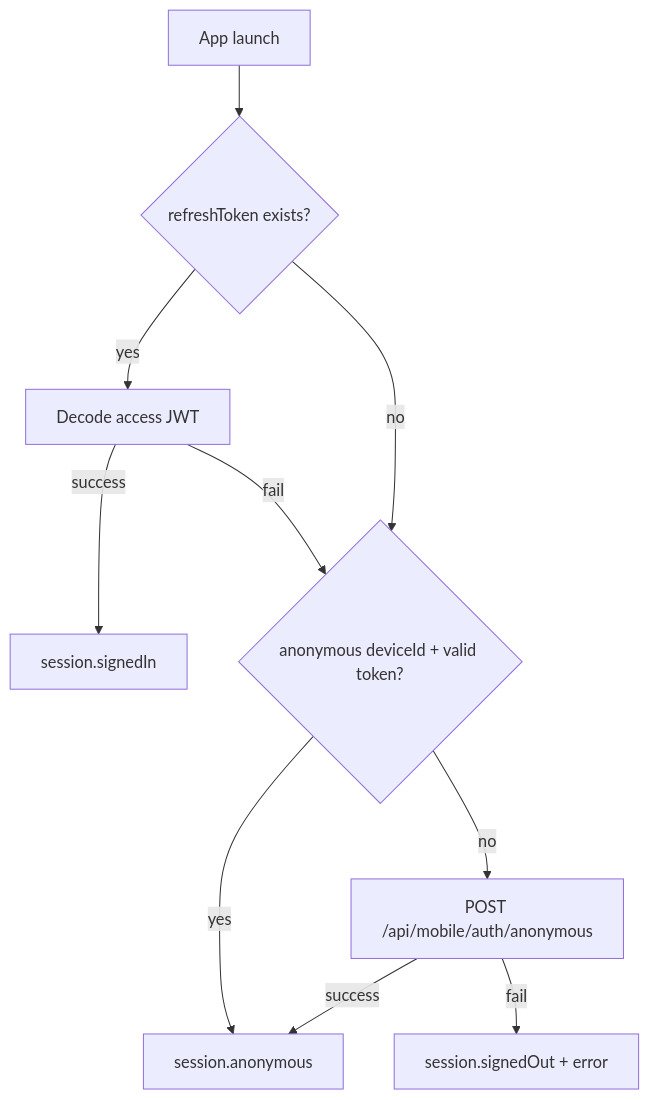
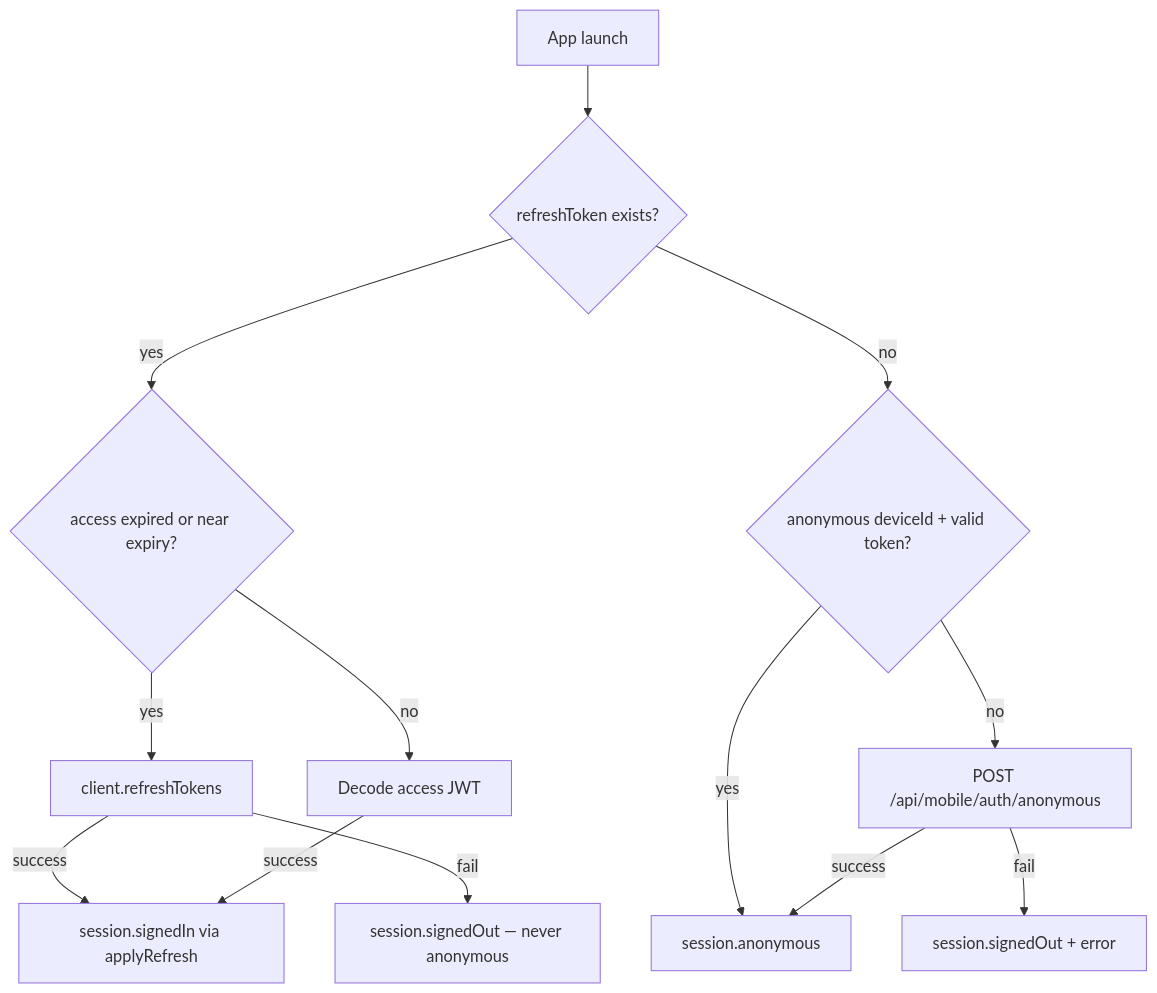
Before and after one commit to rareimagery/rareimagery-ios: the second of 3 diagrams in docs/IOS_CODE_REVIEW.md, drawn with Mermaid. The commit also changed other lines of this file and 6 other files, not shown here.

````diff
--- a/docs/IOS_CODE_REVIEW.md
+++ b/docs/IOS_CODE_REVIEW.md
@@ -152,12 +188,15 @@
 ```mermaid
 flowchart TD
     Launch[App launch] --> Prod{refreshToken exists?}
-    Prod -->|yes| Decode[Decode access JWT]
-    Decode -->|success| SignedIn[session.signedIn]
-    Decode -->|fail| AnonCheck
+    Prod -->|yes| Refresh{access expired or near expiry?}
+    Refresh -->|yes| DoRefresh[client.refreshTokens]
+    DoRefresh -->|success| SignedIn[session.signedIn via applyRefresh]
+    DoRefresh -->|fail| SignedOut[session.signedOut — never anonymous]
+    Refresh -->|no| Decode[Decode access JWT]
+    Decode -->|success| SignedIn
     Prod -->|no| AnonCheck{anonymous deviceId + valid token?}
     AnonCheck -->|yes| Anonymous[session.anonymous]
     AnonCheck -->|no| Mint[POST /api/mobile/auth/anonymous]
     Mint -->|success| Anonymous
-    Mint -->|fail| SignedOut[session.signedOut + error]
+    Mint -->|fail| SignedOut2[session.signedOut + error]
 ```
````
